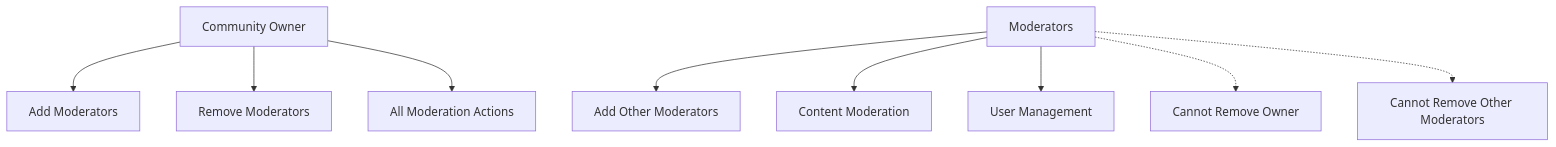
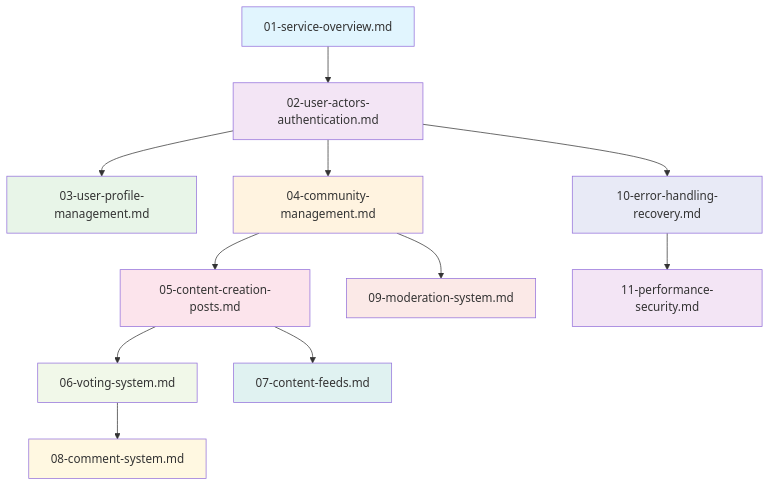
One commit to wrtnlabs/autobe-examples changed the diagram in deepseek/deepseek-v3.1-terminus-exacto/reddit/docs/analysis/00-toc.md. Above: the diagram before and after it, drawn with Mermaid. The commit also changed other lines of this file and 11104 other files, not shown here.

````diff
--- a/deepseek/deepseek-v3.1-terminus-exacto/reddit/docs/analysis/00-toc.md
+++ b/deepseek/deepseek-v3.1-terminus-exacto/reddit/docs/analysis/00-toc.md
@@ -422,11 +51,25 @@
 ```mermaid
 graph TD
-    A["Community Owner"] --> B["Add Moderators"]
-    A --> C["Remove Moderators"]
-    A --> D["All Moderation Actions"]
-    E["Moderators"] --> F["Add Other Moderators"]
-    E --> G["Content Moderation"]
-    E --> H["User Management"]
-    E -.-> I["Cannot Remove Owner"]
-    E -.-> J["Cannot Remove Other Moderators"]
+    A["01-service-overview.md"] --> B["02-user-actors-authentication.md"]
+    B --> C["03-user-profile-management.md"]
+    B --> D["04-community-management.md"]
+    D --> E["05-content-creation-posts.md"]
+    E --> F["06-voting-system.md"]
+    E --> G["07-content-feeds.md"]
+    F --> H["08-comment-system.md"]
+    D --> I["09-moderation-system.md"]
+    B --> J["10-error-handling-recovery.md"]
+    J --> K["11-performance-security.md"]
+    
+    style A fill:#e1f5fe
+    style B fill:#f3e5f5
+    style C fill:#e8f5e8
+    style D fill:#fff3e0
+    style E fill:#fce4ec
+    style F fill:#f1f8e9
+    style G fill:#e0f2f1
+    style H fill:#fff8e1
+    style I fill:#fbe9e7
+    style J fill:#e8eaf6
+    style K fill:#f3e5f5
 ```
````
